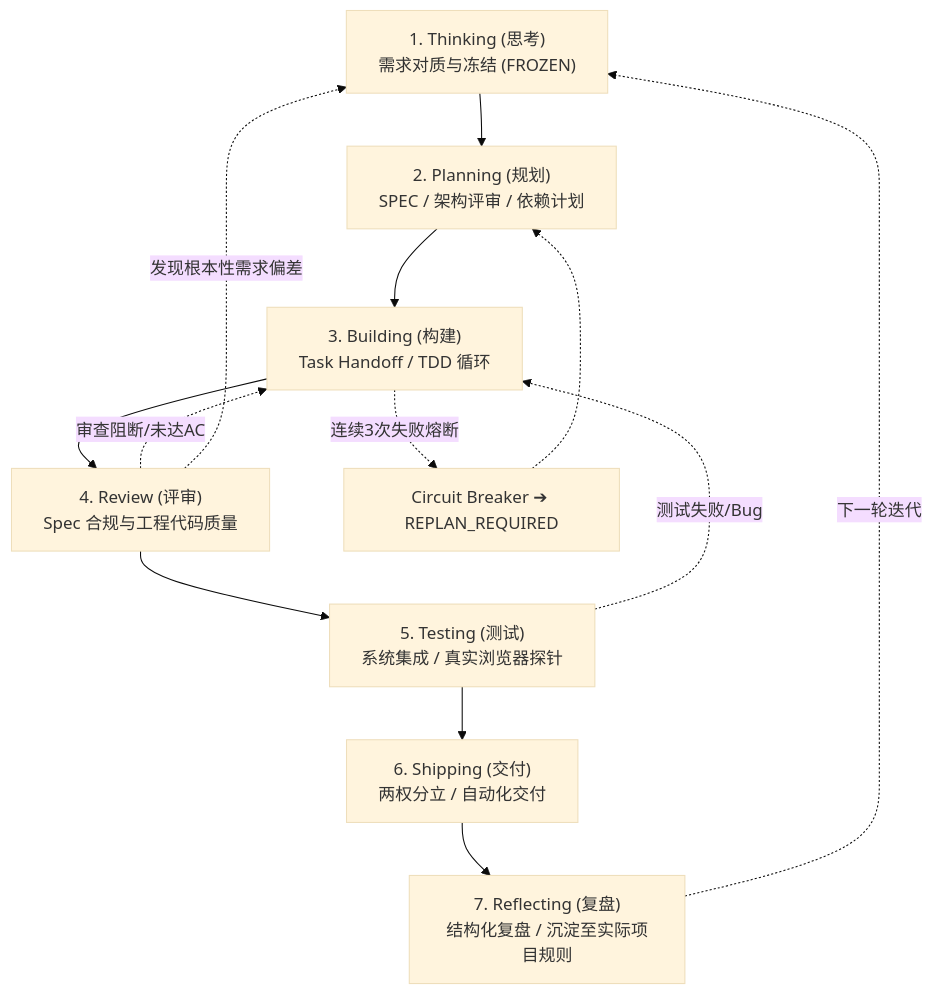
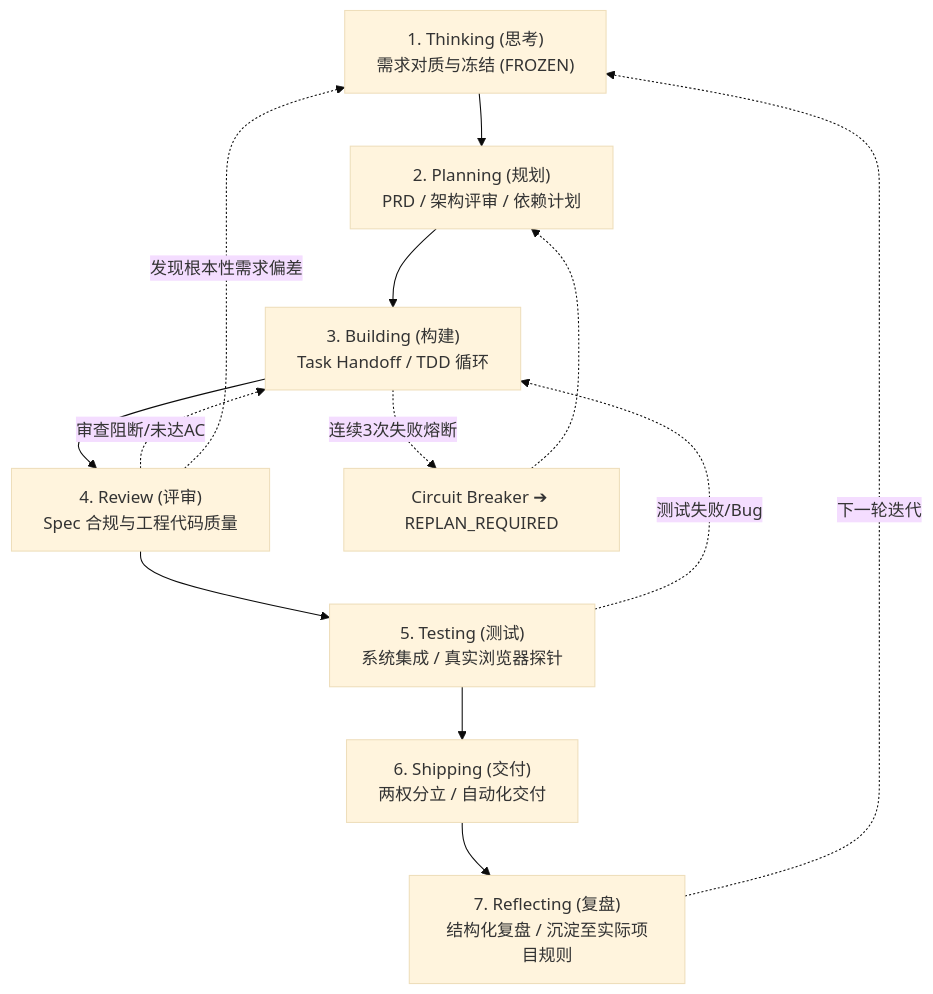
One commit to sz-xiaohuolong/vibe-workflow changed the third of 4 diagrams in docs/USER_GUIDE.zh-CN.md. Above: the diagram before and after it, drawn with Mermaid (base theme). The commit also changed other lines of this file and 44 other files, not shown here.

````diff
--- a/docs/USER_GUIDE.zh-CN.md
+++ b/docs/USER_GUIDE.zh-CN.md
@@ -61,17 +61,17 @@
 ```mermaid
 flowchart TD
-    S1["1. Thinking (思考)<br/>需求对质与冻结 (FROZEN)"] --> S2["2. Planning (规划)<br/>SPEC / 架构评审 / 依赖计划"]
+    S1["1. Thinking (思考)<br/>需求对质与冻结 (FROZEN)"] --> S2["2. Planning (规划)<br/>PRD / 架构评审 / 依赖计划"]
     S2 --> S3["3. Building (构建)<br/>Task Handoff / TDD 循环"]
     S3 --> S4["4. Review (评审)<br/>Spec 合规与工程代码质量"]
     S4 --> S5["5. Testing (测试)<br/>系统集成 / 真实浏览器探针"]
     S5 --> S6["6. Shipping (交付)<br/>两权分立 / 自动化交付"]
     S6 --> S7["7. Reflecting (复盘)<br/>结构化复盘 / 沉淀至实际项目规则"]
     S7 -.->|下一轮迭代| S1
 
     %% 回退路径 Failure Routes
     S3 -.->|连续3次失败熔断| CB["Circuit Breaker ➔ REPLAN_REQUIRED"]
     CB -.-> S2
     S4 -.->|审查阻断/未达AC| S3
     S5 -.->|测试失败/Bug| S3
     S4 -.->|发现根本性需求偏差| S1
 ```
````
